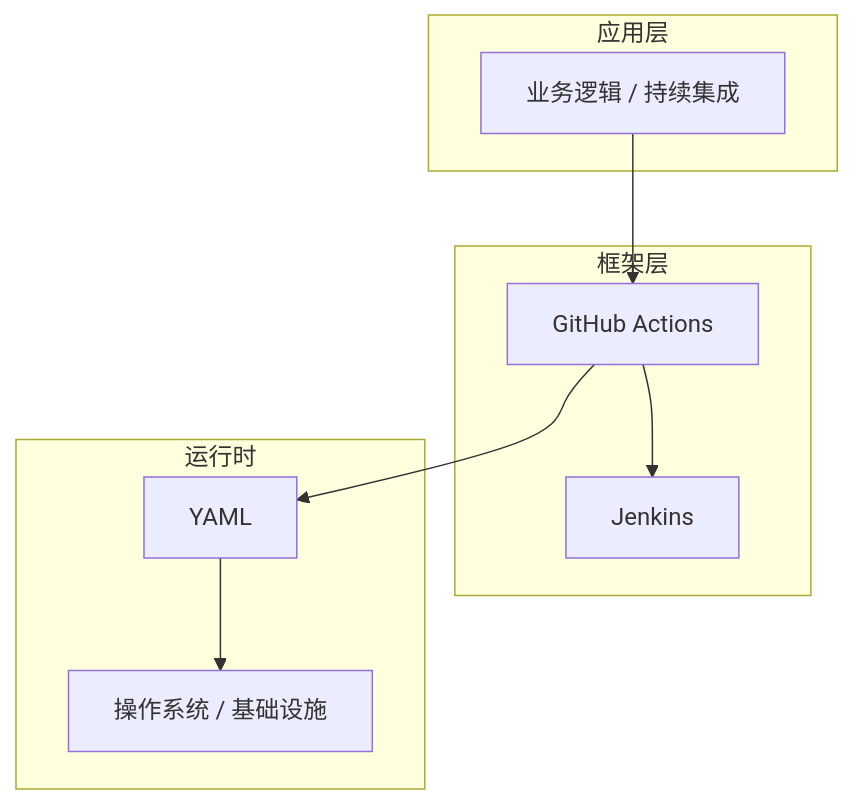
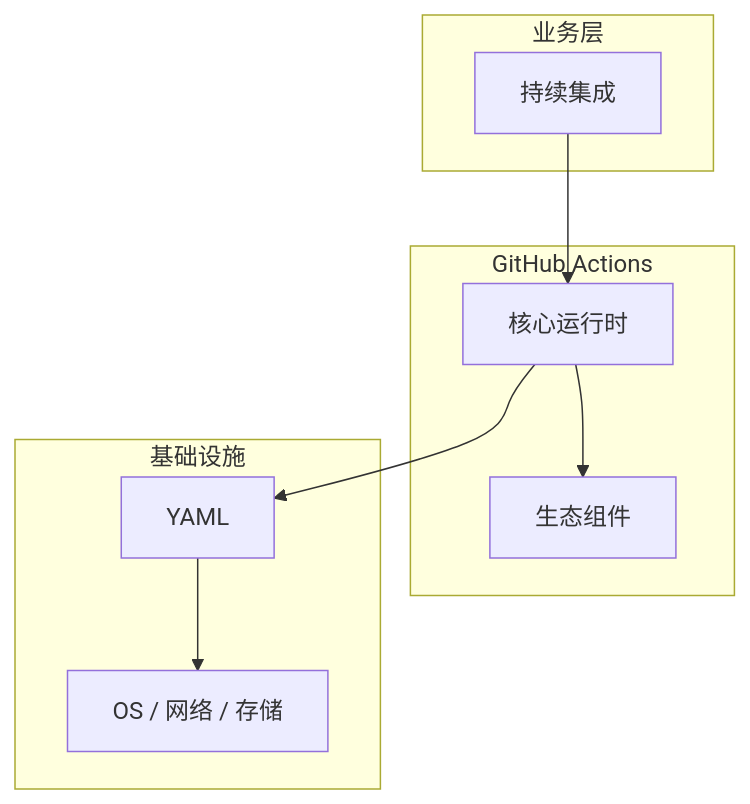
One commit to yanggan2015/knowledge-json-v2 changed the diagram in articles/CI与CD/chapters/007-持续集成核心概念与原理.md. Above: the diagram before and after it, drawn with Mermaid. The commit also changed other lines of this file and 10127 other files, not shown here.

````diff
--- a/articles/CI与CD/chapters/007-持续集成核心概念与原理.md
+++ b/articles/CI与CD/chapters/007-持续集成核心概念与原理.md
@@ -45,18 +34,18 @@
 ```mermaid
 graph TB
-    subgraph 应用层
-        A[业务逻辑 / 持续集成]
+    subgraph 业务层
+        A[持续集成]
     end
-    subgraph 框架层
-        B[GitHub Actions]
-        C[Jenkins]
+    subgraph GitHub Actions
+        B[核心运行时]
+        C[生态组件]
     end
-    subgraph 运行时
+    subgraph 基础设施
         D[YAML]
-        E[操作系统 / 基础设施]
+        E[OS / 网络 / 存储]
     end
     A --> B
     B --> C
     B --> D
     D --> E
 ```
````
